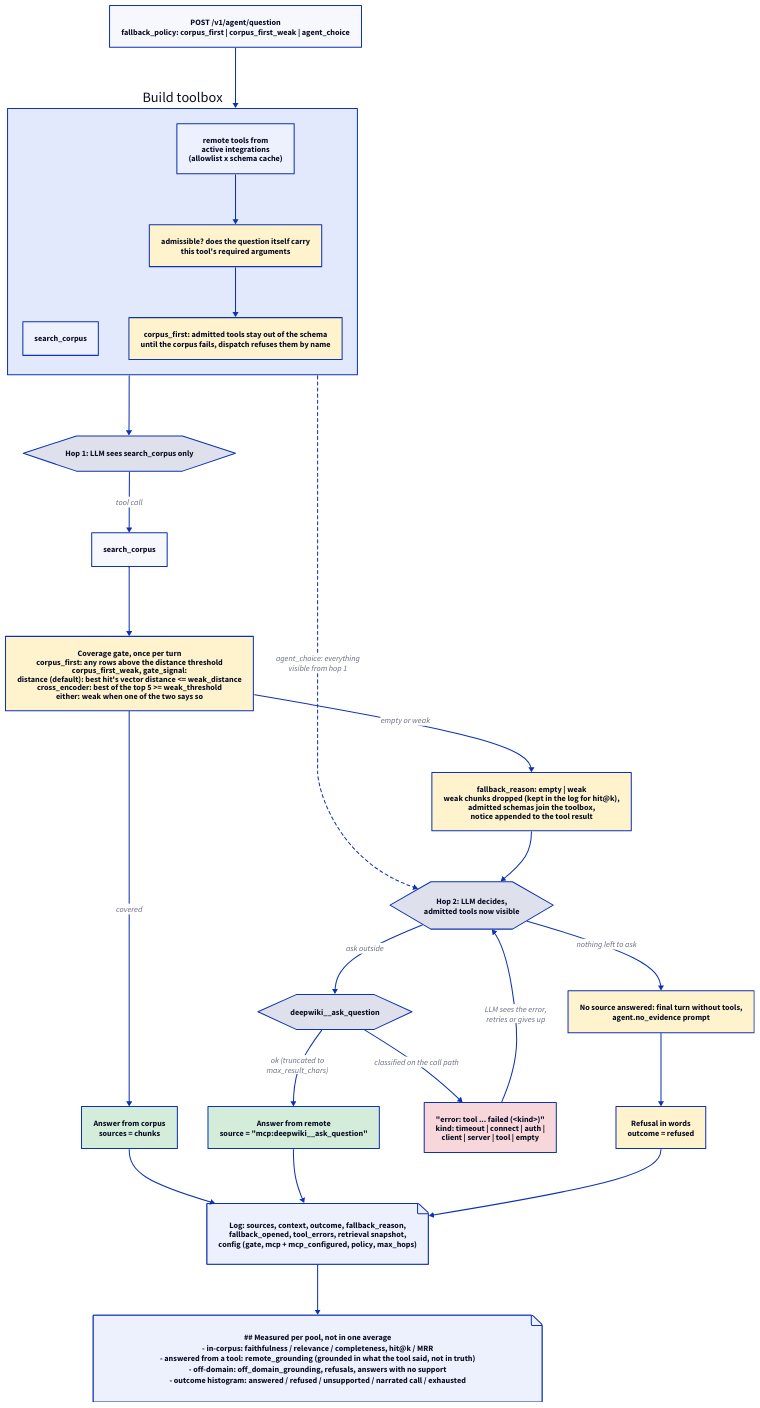
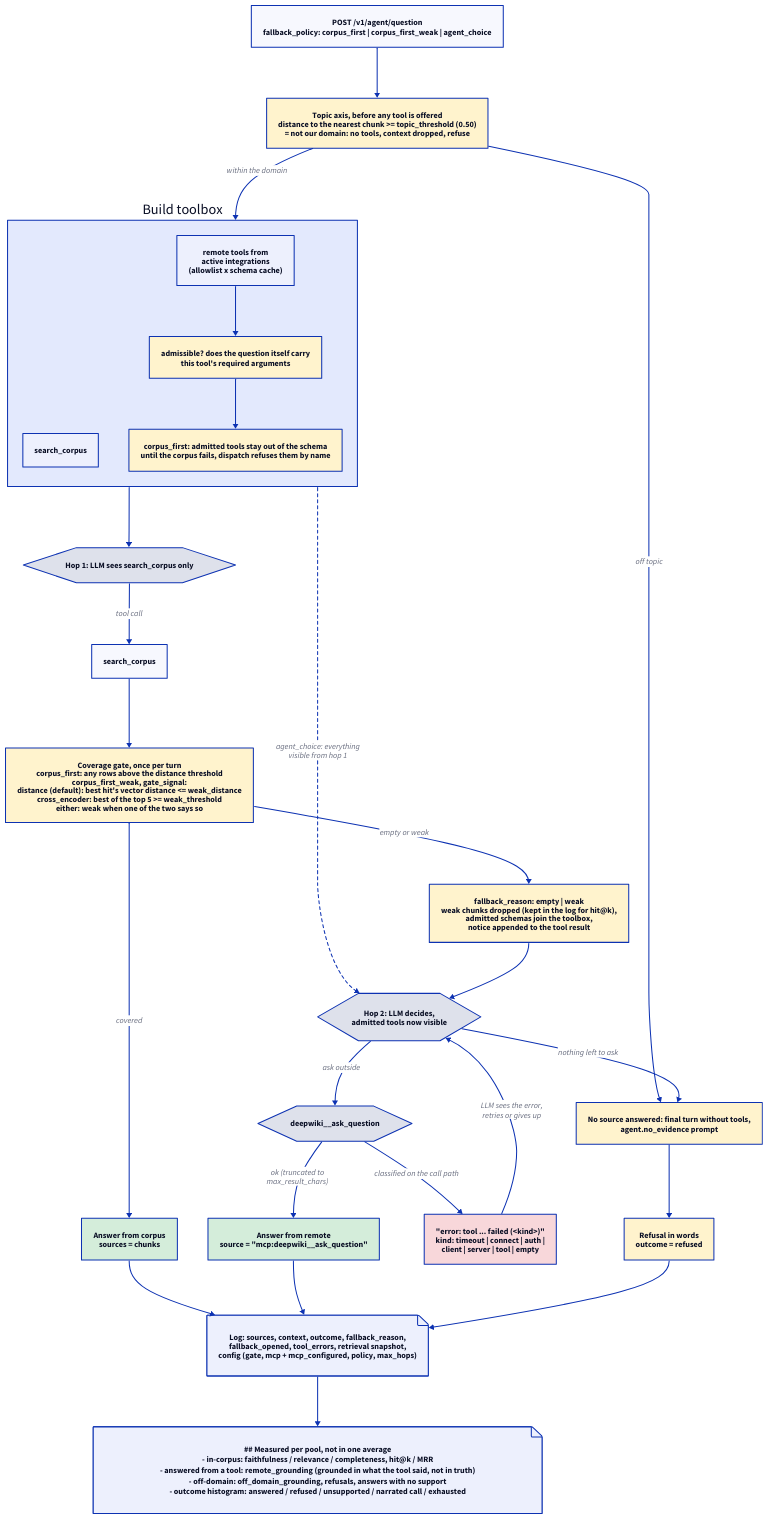
Before and after one commit to rikitikitav1/rag-lab: the diagram in docs/diagrams/agent_flow.d2, drawn with D2. The commit also changed 3 other files, not shown here.

Commit message:
Document the topic axis and redraw the agent flow

```diff
--- a/docs/diagrams/agent_flow.d2
+++ b/docs/diagrams/agent_flow.d2
@@ -1,77 +1,83 @@
 direction: down
 
 q: POST /v1/agent/question\nfallback_policy: corpus_first | corpus_first_weak | agent_choice
+topic: "Topic axis, before any tool is offered\ndistance to the nearest chunk >= topic_threshold (0.50)\n= not our domain: no tools, context dropped, refuse" {
+  style.fill: "#fff3cd"
+}
 toolbox: Build toolbox {
   static: search_corpus
   remote: remote tools from\nactive integrations\n(allowlist x schema cache)
   admit: "admissible? does the question itself carry\nthis tool's required arguments" {
     style.fill: "#fff3cd"
   }
   withheld: "corpus_first: admitted tools stay out of the schema\nuntil the corpus fails, dispatch refuses them by name" {
     style.fill: "#fff3cd"
   }
   remote -> admit -> withheld
 }
 hop1: "Hop 1: LLM sees search_corpus only" {
   shape: hexagon
 }
 search: search_corpus
 gate: "Coverage gate, once per turn\ncorpus_first: any rows above the distance threshold\ncorpus_first_weak, gate_signal:\ndistance (default): best hit's vector distance <= weak_distance\ncross_encoder: best of the top 5 >= weak_threshold\neither: weak when one of the two says so" {
   style.fill: "#fff3cd"
 }
 answer_corpus: Answer from corpus\nsources = chunks {
   style.fill: "#d4edda"
 }
 open: "fallback_reason: empty | weak\nweak chunks dropped (kept in the log for hit@k),\nadmitted schemas join the toolbox,\nnotice appended to the tool result" {
   style.fill: "#fff3cd"
 }
 hop2: "Hop 2: LLM decides,\nadmitted tools now visible" {
   shape: hexagon
 }
 remote_call: "deepwiki__ask_question" {
   shape: hexagon
 }
 remote_ok: Answer from remote\nsource = "mcp:deepwiki__ask_question" {
   style.fill: "#d4edda"
 }
 remote_err: "\"error: tool ... failed (<kind>)\"\nkind: timeout | connect | auth |\nclient | server | tool | empty" {
   style.fill: "#f8d7da"
 }
 no_evidence: "No source answered: final turn without tools,\nagent.no_evidence prompt" {
   style.fill: "#fff3cd"
 }
 refuse: "Refusal in words\noutcome = refused" {
   style.fill: "#fff3cd"
 }
 log: "Log: sources, context, outcome, fallback_reason,\nfallback_opened, tool_errors, retrieval snapshot,\nconfig (gate, mcp + mcp_configured, policy, max_hops)" {
   shape: page
 }
 metrics: |md
   ## Measured per pool, not in one average
   - in-corpus: faithfulness / relevance / completeness, hit@k / MRR
   - answered from a tool: remote_grounding (grounded in what the tool said, not in truth)
   - off-domain: off_domain_grounding, refusals, answers with no support
   - outcome histogram: answered / refused / unsupported / narrated call / exhausted
 | {
   shape: page
 }
 
-q -> toolbox -> hop1
+q -> topic
+topic -> toolbox: within the domain
+topic -> no_evidence: off topic
+toolbox -> hop1
 toolbox -> hop2: "agent_choice: everything\nvisible from hop 1" {
   style.stroke-dash: 3
 }
 hop1 -> search: tool call
 search -> gate
 gate -> answer_corpus: covered
 gate -> open: empty or weak
 open -> hop2
 hop2 -> remote_call: ask outside
 hop2 -> no_evidence: nothing left to ask
 remote_call -> remote_ok: ok (truncated to\nmax_result_chars)
 remote_call -> remote_err: classified on the call path
 remote_err -> hop2: LLM sees the error,\nretries or gives up
 no_evidence -> refuse
 answer_corpus -> log
 remote_ok -> log
 refuse -> log
 log -> metrics
```
